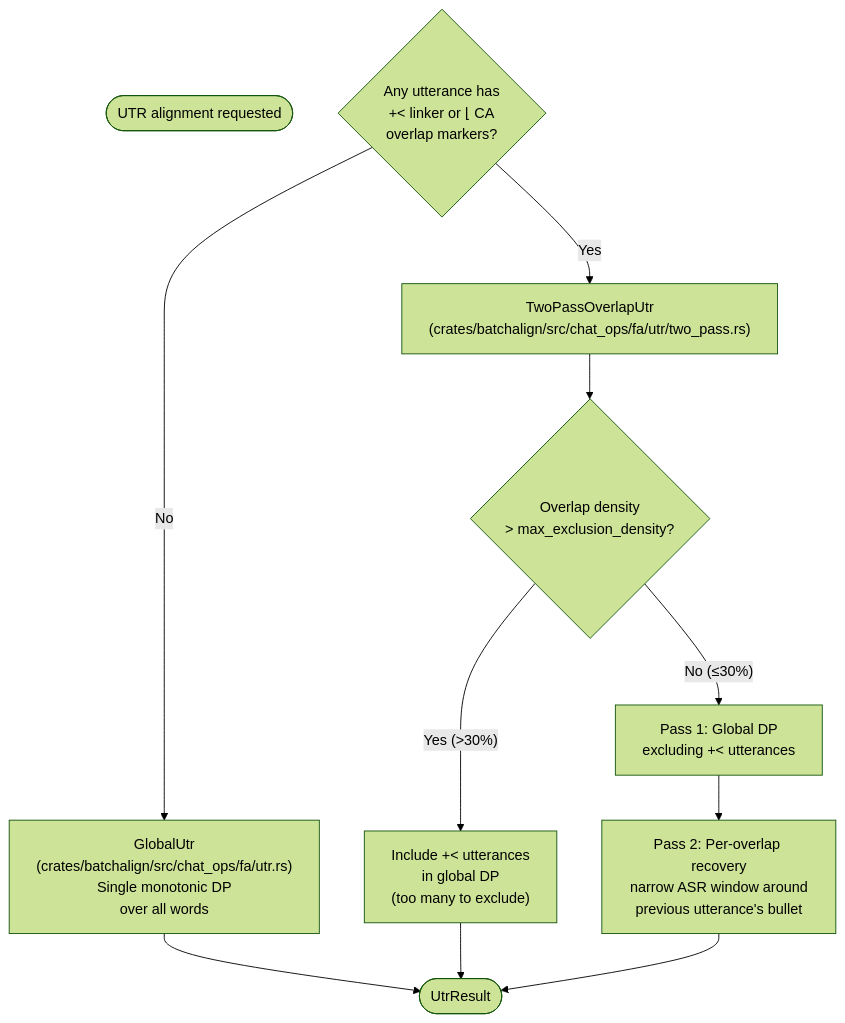
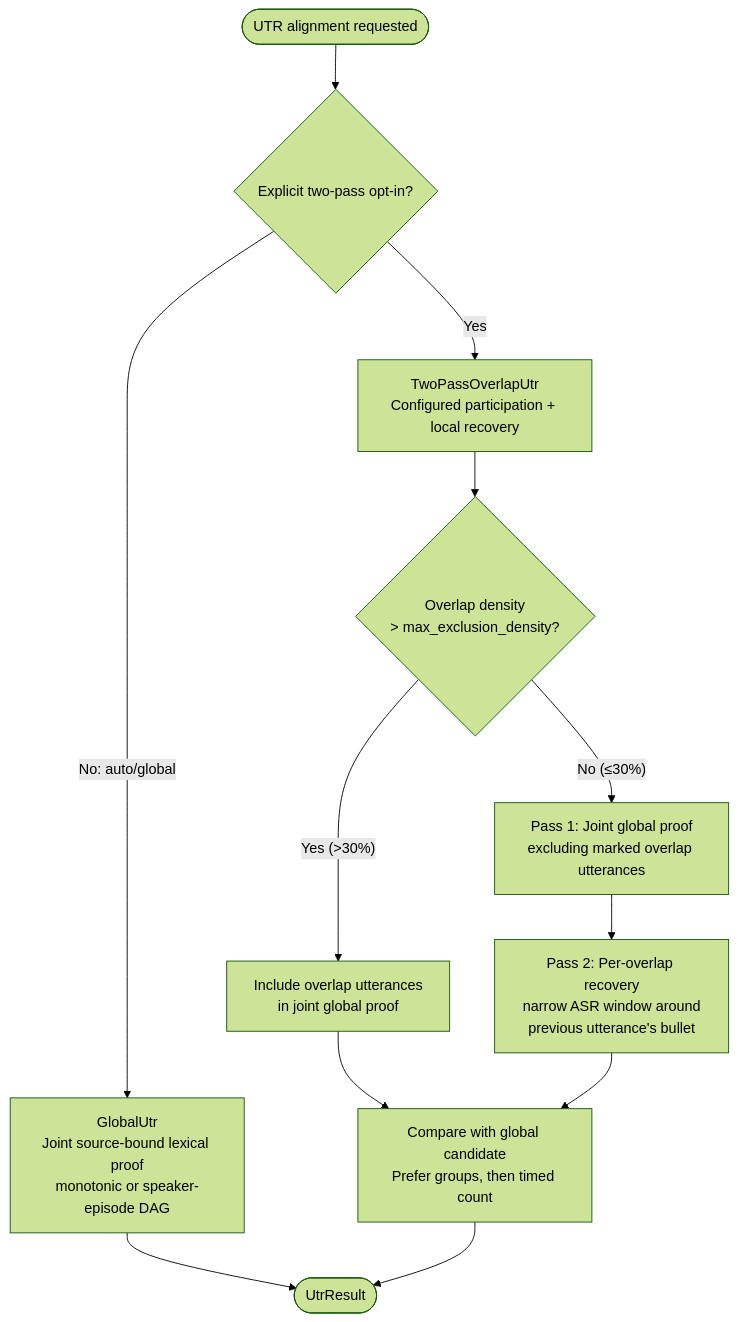
The fifth of 16 diagrams in book/src/batchalign/reference/forced-alignment.md (FranklinChen/talkbank-tools), drawn with Mermaid (forest theme) before and after one commit. The commit also changed other lines of this file and 61 other files, not shown here.

Commit message:
Harden bounded UTR proof and refresh qualified Chatter dependencies

````diff
--- a/book/src/batchalign/reference/forced-alignment.md
+++ b/book/src/batchalign/reference/forced-alignment.md
@@ -556,14 +688,16 @@
 ```mermaid
 flowchart TD
     start(["UTR alignment requested"])
-    scan{"Any utterance has\n+&lt; linker or ⌊ CA\noverlap markers?"}
-    scan -->|No| global["GlobalUtr\n(crates/batchalign/src/chat_ops/fa/utr.rs)\nSingle monotonic DP\nover all words"]
-    scan -->|Yes| twopass["TwoPassOverlapUtr\n(crates/batchalign/src/chat_ops/fa/utr/two_pass.rs)"]
-    twopass --> density{"Overlap density\n> max_exclusion_density?"}
-    density -->|"Yes (>30%)"| global_anyway["Include +&lt; utterances\nin global DP\n(too many to exclude)"]
-    density -->|"No (≤30%)"| pass1["Pass 1: Global DP\nexcluding +&lt; utterances"]
-    pass1 --> pass2["Pass 2: Per-overlap recovery\nnarrow ASR window around\nprevious utterance's bullet"]
+    scan{"Explicit two-pass opt-in?"}
+    start --> scan
+    scan -->|No: auto/global| global["GlobalUtr<br/>Joint source-bound lexical proof<br/>monotonic or speaker-episode DAG"]
+    scan -->|Yes| twopass["TwoPassOverlapUtr<br/>Configured participation + local recovery"]
+    twopass --> density{"Overlap density<br/>> max_exclusion_density?"}
+    density -->|"Yes (>30%)"| global_anyway["Include overlap utterances<br/>in joint global proof"]
+    density -->|"No (≤30%)"| pass1["Pass 1: Joint global proof<br/>excluding marked overlap utterances"]
+    pass1 --> pass2["Pass 2: Per-overlap recovery<br/>narrow ASR window around<br/>previous utterance's bullet"]
+    compare["Compare with global candidate<br/>Prefer groups, then timed count"]
     global --> result(["UtrResult"])
-    global_anyway --> result
-    pass2 --> result
+    global_anyway --> compare
+    pass2 --> compare --> result
 ```
````
